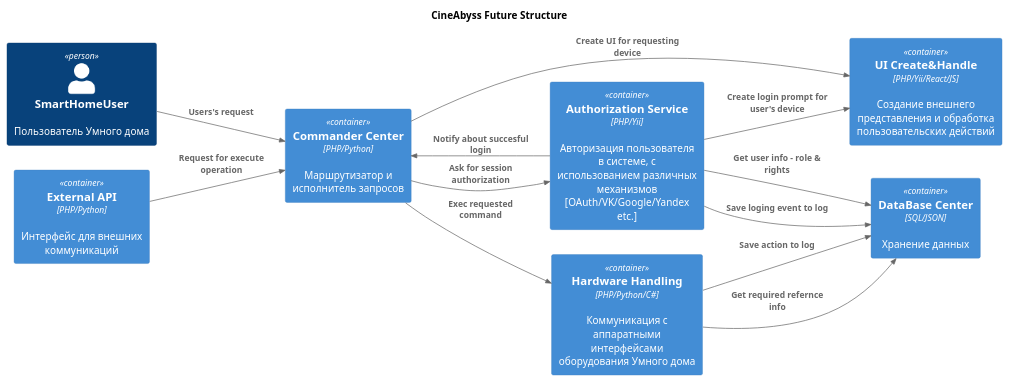
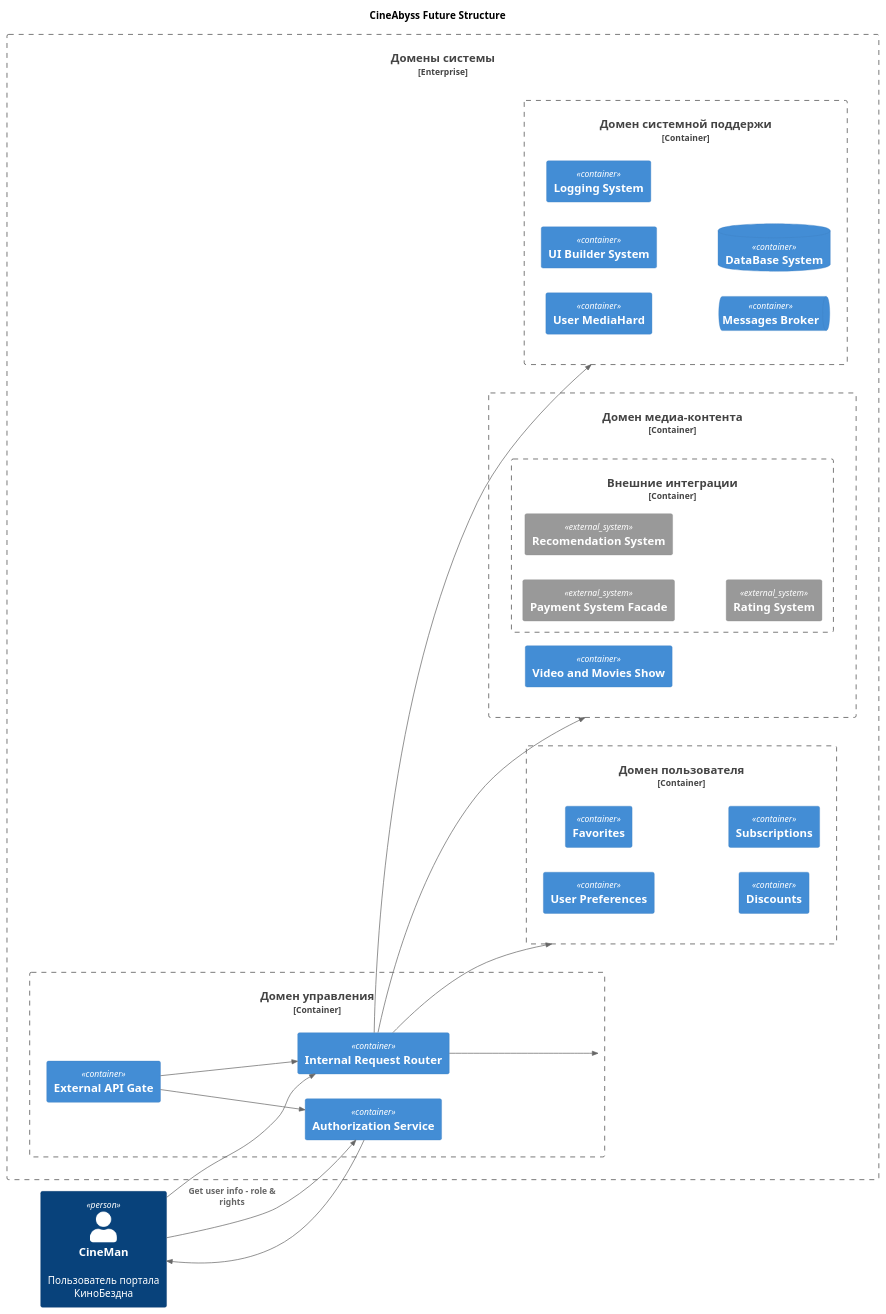
One commit to vnikiforov/YaEdu-cinemaabyss changed the diagram in doc/diagrams/containers.puml. Above: the diagram before and after it, drawn with PlantUML. The commit also changed 1 other file, not shown here.

Commit message:
В первом приближении выполнена декомпозиция существующей системы на сервисы

```diff
--- a/doc/diagrams/containers.puml
+++ b/doc/diagrams/containers.puml
@@ -1,28 +1,53 @@
 @startuml
 title CineAbyss Future Structure
 
 left to right direction
 
 !includeurl lib/C4_Container.puml
 
-Person(user, "SmartHomeUser", "Пользователь Умного дома")
+Person(user, "CineMan", "Пользователь портала  КиноБездна")
 
-Container(AuthSvc, "Authorization Service", "PHP/Yii", "Авторизация пользователя в системе, с использованием различных механизмов [OAuth/VK/Google/Yandex etc.]")
-Container(UI_Svc, "UI Create&Handle ", "PHP/Yii/React/JS",  "Создание внешнего представления и обработка пользовательских действий")
-Container(HW_Support_Svc, "Hardware Handling", "PHP/Python/C#", "Коммуникация с аппаратными интерфейсами оборудования Умного дома")
-Container(DB_Svc, "DataBase Center", "SQL/JSON", "Хранение данных")
-Container(API_Gate, "External API", "PHP/Python", "Интерфейс для внешних коммуникаций")
-Container(CommCenter, "Commander Center", "PHP/Python", "Маршрутизатор и исполнитель запросов")
+Enterprise_Boundary(Domains, "Домены системы") {  
 
-Rel(AuthSvc, DB_Svc, "Get user info - role & rights")
-Rel(AuthSvc, DB_Svc, "Save loging event to log")
-Rel(AuthSvc, UI_Svc, "Create login prompt for user's device")
-Rel(AuthSvc, CommCenter, "Notify about succesful login")
-Rel(user, CommCenter, "Users's request")
-Rel(CommCenter, AuthSvc, "Ask for session authorization")
-Rel(CommCenter, HW_Support_Svc, "Exec requested command")
-Rel(HW_Support_Svc, DB_Svc, "Save action to log")
-Rel(HW_Support_Svc, DB_Svc, "Get required refernce info")
-Rel(API_Gate, CommCenter, "Request for execute operation")
-Rel(CommCenter, UI_Svc, "Create UI for requesting device")
+  Container_Boundary(ContolCenter, "Домен управления") {    
+    Container(AuthSvc, "Authorization Service")  
+    Container(GateAPI, "External API Gate")
+    Container(RequestsRouter, "Internal Request Router")    
+  }
+
+  Container_Boundary(UserMgmnt, "Домен пользователя") {
+    Container(UsrPrefs, "User Preferences")
+    Container(UsrFvtrs, "Favorites")
+    Container(UsrDscnt, "Discounts")
+    Container(UsrSubscrb, "Subscriptions")
+  }
+
+  Container_Boundary(MediaRegion, "Домен медиа-контента") {    
+    Container(MovieSvs, "Video and Movies Show")
+    Container_Boundary(ExtSystems, "Внешние интеграции") {    
+      System_Ext(PmntGate, "Payment System Facade")
+      System_Ext(RcmndSys, "Recomendation System")
+      System_Ext(GrdSys, "Rating System")
+    }
+  }
+
+  Container_Boundary(SysArea, "Домен системной поддержи") {    
+    Container(HwSupport, "User MediaHard")
+    Container(UiBuilder, "UI Builder System")
+    Container(LoggingSys, "Logging System")
+    ContainerQueue(QueueSvc, "Messages Broker")
+    ContainerDb(DbSvc, "DataBase System")
+  }
+}
+
+Rel(user, AuthSvc, "Get user info - role & rights")
+Rel(AuthSvc, user, "")
+Rel(user, RequestsRouter, "")
+Rel(GateAPI, AuthSvc, "")
+Rel(GateAPI, RequestsRouter, "")
+Rel(RequestsRouter, SysArea, "")
+Rel(RequestsRouter, ContolCenter, "")
+Rel(RequestsRouter, MediaRegion, "")
+Rel(RequestsRouter, UserMgmnt, "")
+
 @enduml
```
